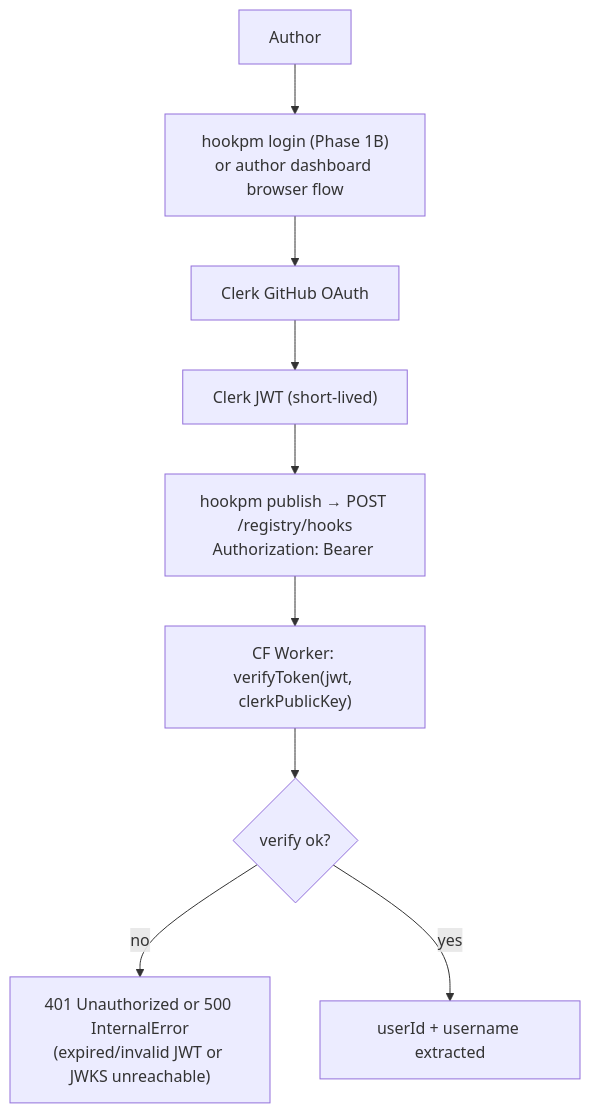
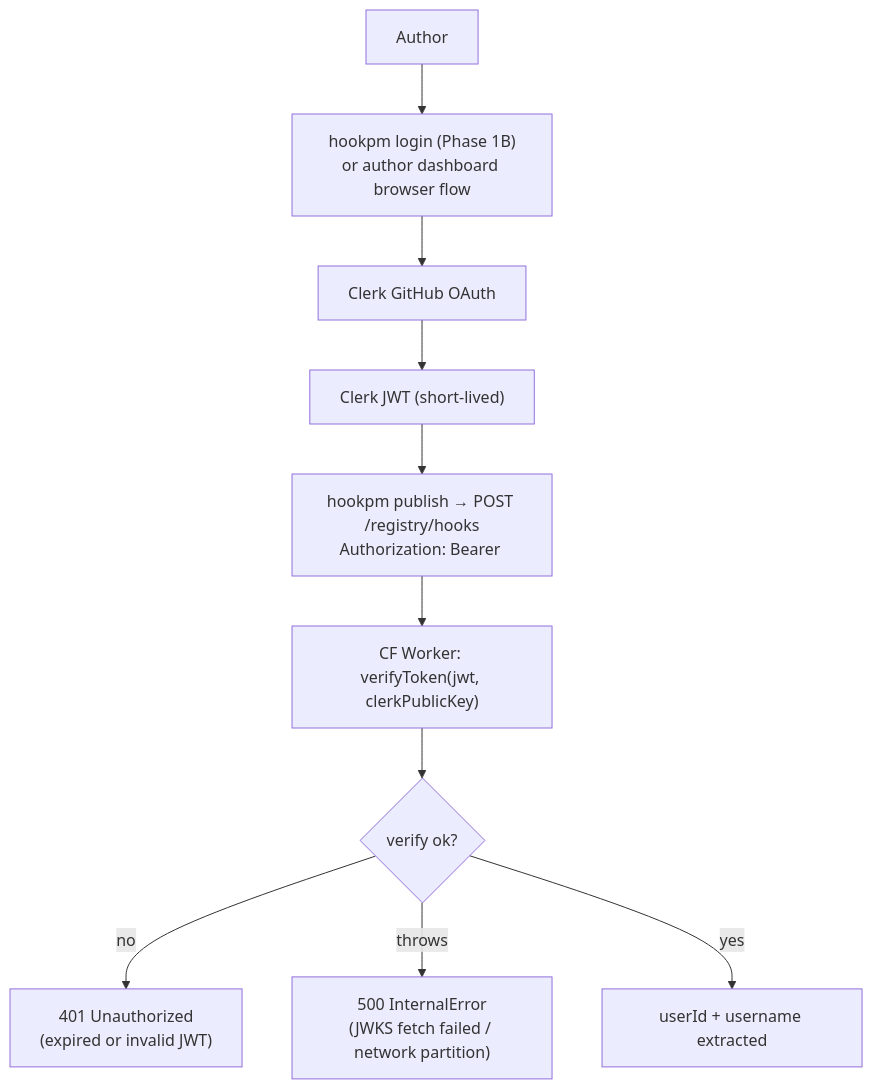
Before and after one commit to nafistiham/hook-marketplace: the fourth of 4 diagrams in docs/design/2026-03-10-api-routes.md, drawn with Mermaid. The commit also changed other lines of this file, not shown here.

Commit message:
docs(api): resolve design review warnings — auth throws path, R2 sentinel note

````diff
--- a/docs/design/2026-03-10-api-routes.md
+++ b/docs/design/2026-03-10-api-routes.md
@@ -162,21 +162,23 @@
 ```mermaid
 flowchart TD
     Author["Author"]
     Login["hookpm login (Phase 1B)\nor author dashboard browser flow"]
     Clerk["Clerk GitHub OAuth"]
     JWT["Clerk JWT (short-lived)"]
     Publish["hookpm publish → POST /registry/hooks\nAuthorization: Bearer <jwt>"]
     Worker["CF Worker: verifyToken(jwt, clerkPublicKey)"]
     VerifyFail{"verify ok?"}
-    VerifyErr["401 Unauthorized or 500 InternalError\n(expired/invalid JWT or JWKS unreachable)"]
+    VerifyErr["401 Unauthorized\n(expired or invalid JWT)"]
+    VerifyThrows["500 InternalError\n(JWKS fetch failed / network partition)"]
     Identity["userId + username extracted"]
 
     Author --> Login
     Login --> Clerk
     Clerk --> JWT
     JWT --> Publish
     Publish --> Worker
     Worker --> VerifyFail
     VerifyFail -->|no| VerifyErr
+    VerifyFail -->|throws| VerifyThrows
     VerifyFail -->|yes| Identity
 ```
````
